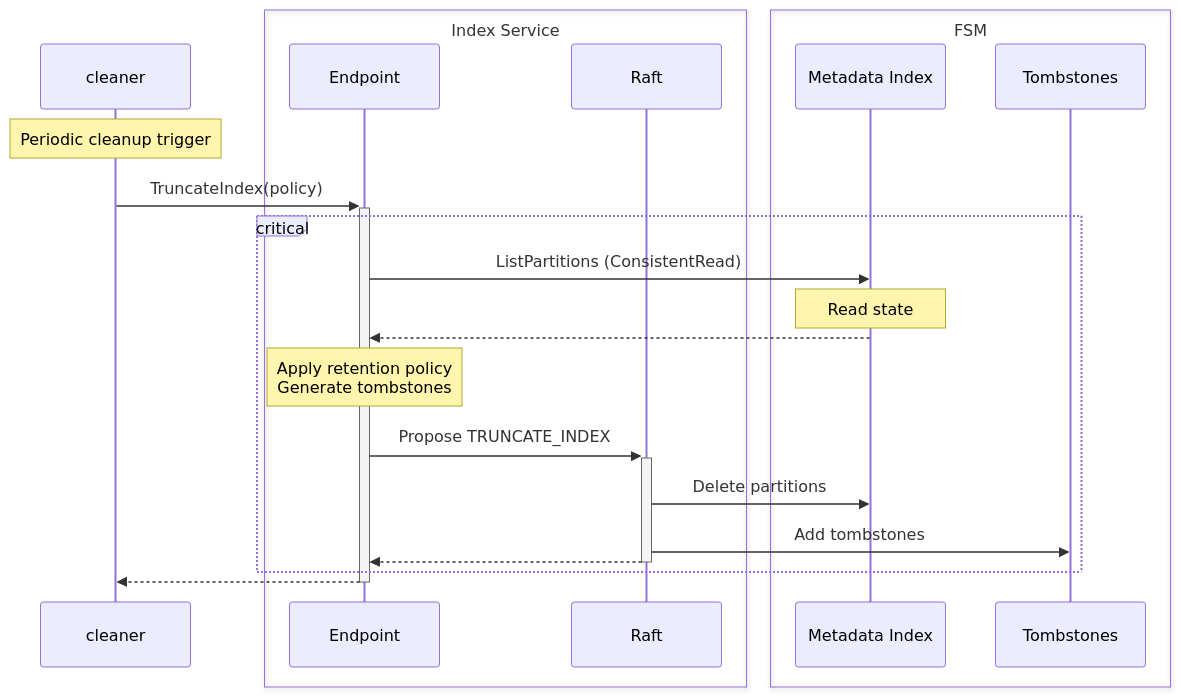
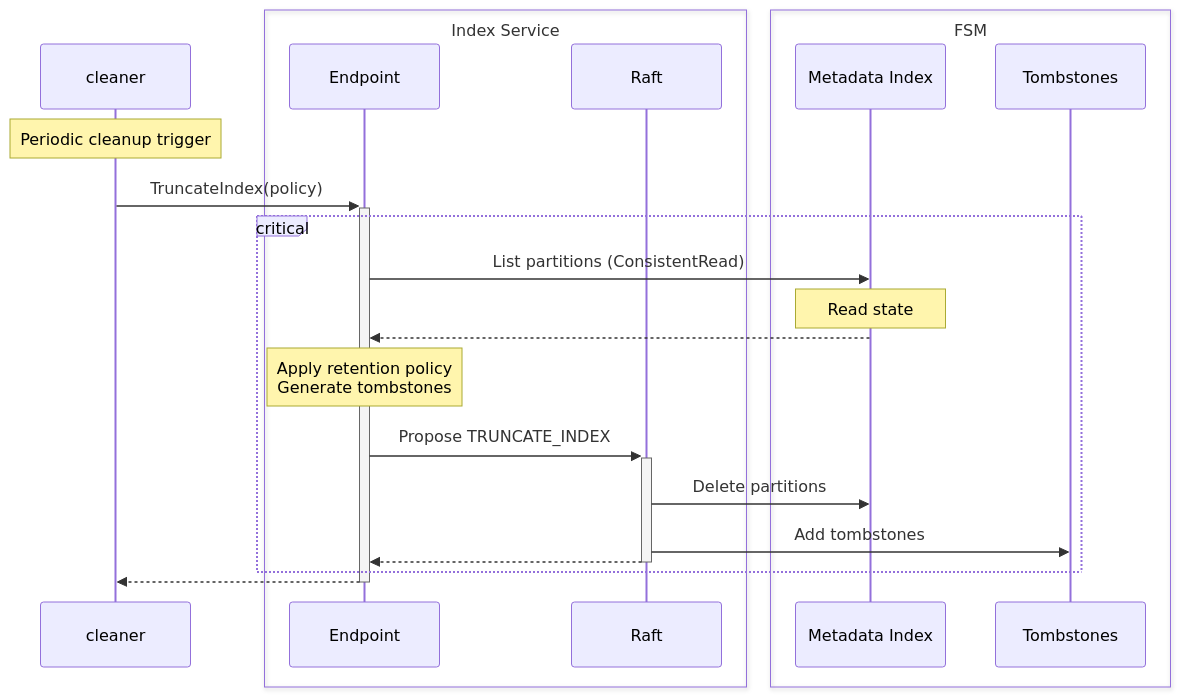
Before and after one commit to grafana/pyroscope: the third of 3 diagrams in pkg/experiment/metastore/index/README.md, drawn with Mermaid. The commit also changed 6 other files, not shown here.

````diff
--- a/pkg/experiment/metastore/index/README.md
+++ b/pkg/experiment/metastore/index/README.md
@@ -220,28 +220,28 @@
 ```mermaid
 sequenceDiagram
     participant C as cleaner
     
     box Index Service
         participant H as Endpoint
         participant R as Raft
     end
     
     box FSM
         participant MI as Metadata Index
         participant T as Tombstones
     end
 
     Note over C: Periodic cleanup trigger
     C->>+H: TruncateIndex(policy)
         critical
-            H->>MI: ListPartitions (ConsistentRead)
+            H->>MI: List partitions (ConsistentRead)
             Note over MI: Read state
             MI-->>H: 
             Note over H: Apply retention policy<br/>Generate tombstones
             H->>+R: Propose TRUNCATE_INDEX
                 R->>MI: Delete partitions
                 R->>T: Add tombstones
             R-->>-H: 
         end
     H-->>-C: 
 ```
````
